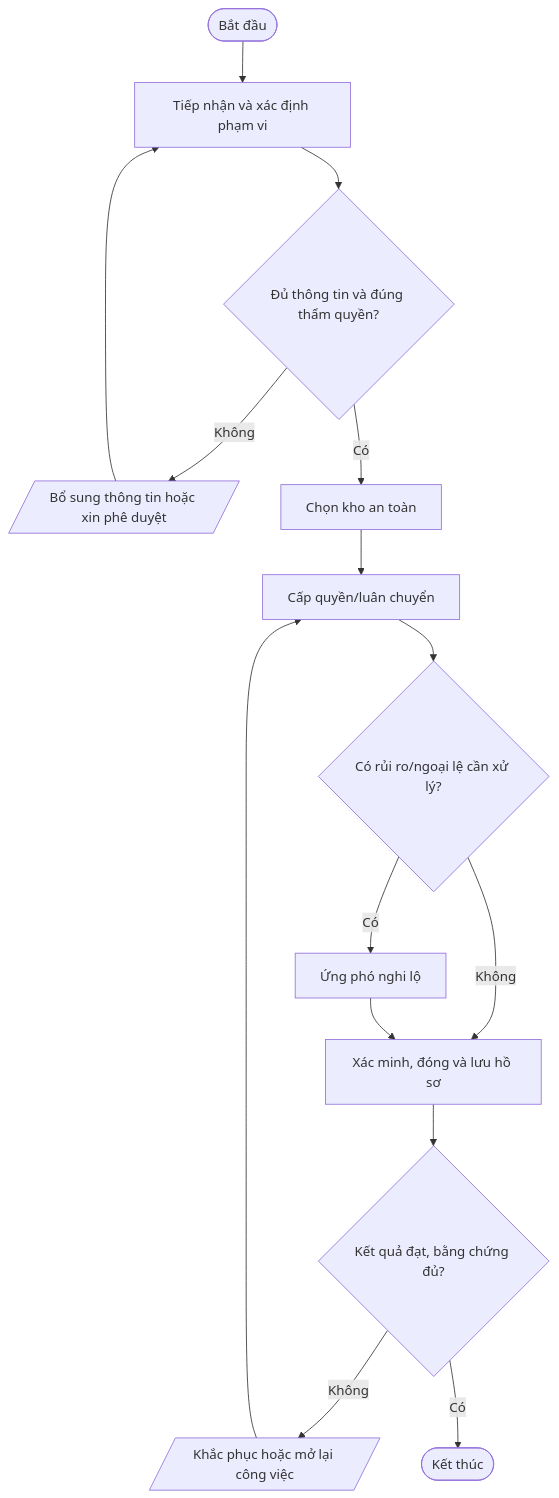
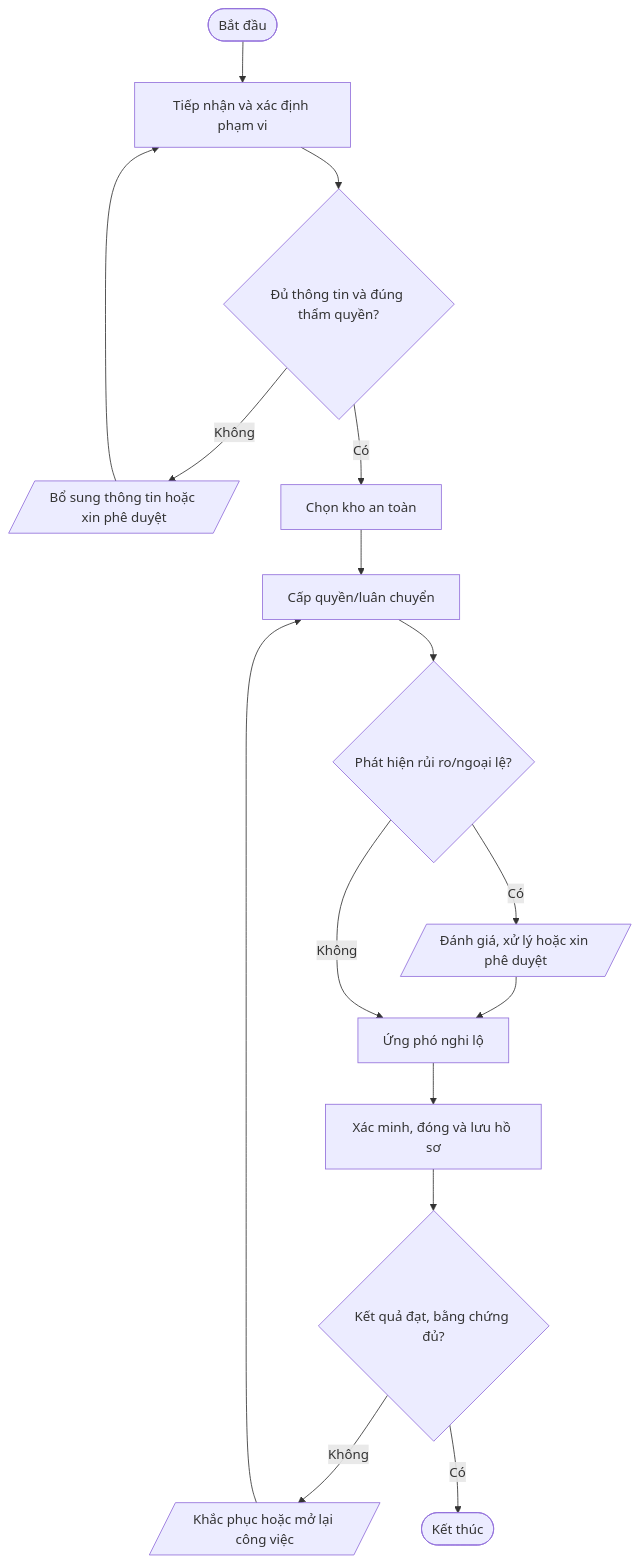
The third of 11 diagrams in quy-trinh/03-An-toan-thong-tin/README.md (daoaigiangnam/Quy_Trinh_Chuan), drawn with Mermaid before and after one commit. The commit also changed other lines of this file, not shown here.

Commit message:
docs: correct procedure flowchart decision paths

````diff
--- a/quy-trinh/03-An-toan-thong-tin/README.md
+++ b/quy-trinh/03-An-toan-thong-tin/README.md
@@ -233,17 +235,18 @@
 ```mermaid
 flowchart TD
   A([Bắt đầu]) --> S1["Tiếp nhận và xác định phạm vi"]
   S1 --> D1{"Đủ thông tin và đúng thẩm quyền?"}
   D1 -- Không --> F1[/"Bổ sung thông tin hoặc xin phê duyệt"/]
   F1 --> S1
   D1 -- Có --> S2["Chọn kho an toàn"]
   S2 --> S3["Cấp quyền/luân chuyển"]
-  S3 --> D2{"Có rủi ro/ngoại lệ cần xử lý?"}
-  D2 -- Có --> S4["Ứng phó nghi lộ"]
-  D2 -- Không --> S5["Xác minh, đóng và lưu hồ sơ"]
-  S4 --> S5
+  S3 --> D2{"Phát hiện rủi ro/ngoại lệ?"}
+  D2 -- Có --> RISK[/"Đánh giá, xử lý hoặc xin phê duyệt"/]
+  RISK --> S4["Ứng phó nghi lộ"]
+  D2 -- Không --> S4
+  S4 --> S5["Xác minh, đóng và lưu hồ sơ"]
   S5 --> D3{"Kết quả đạt, bằng chứng đủ?"}
   D3 -- Không --> R[/"Khắc phục hoặc mở lại công việc"/]
   R --> S3
   D3 -- Có --> Z([Kết thúc])
 ```
````
